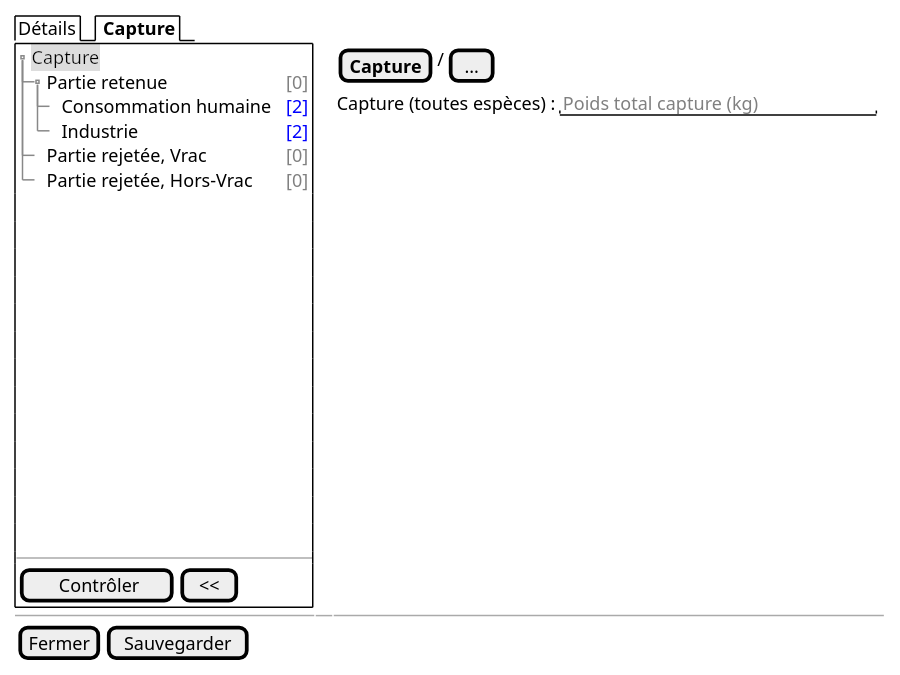
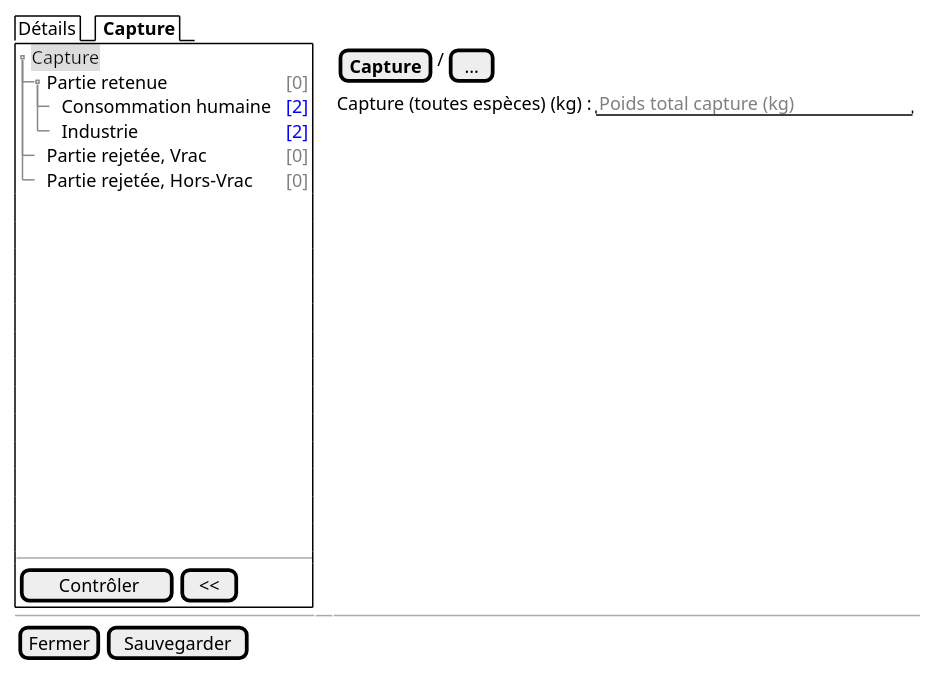
Before and after one commit to sumaris-net/sumaris-doc: the diagram in projects/obsmer/spe/images/batch/batch-tree.puml, drawn with PlantUML. The commit also changed 1 other file, not shown here.

```diff
--- a/projects/obsmer/spe/images/batch/batch-tree.puml
+++ b/projects/obsmer/spe/images/batch/batch-tree.puml
@@ -1,39 +1,39 @@
 @startsalt
 {
   {/ Détails | <b> Capture }
   {+
    {T
        + <back:#DDD>Capture    | .
        ++ Partie retenue       | <color:gray>[0]
        +++ Consommation humaine | <color:blue>[2]
        +++ Industrie | <color:blue>[2]
        ++ Partie rejetée, Vrac | <color:gray>[0]
        ++ Partie rejetée, Hors-Vrac | <color:gray>[0]
    }
     .
     .
     .
     .
     .
     .
     .
     .
     .
     .
     .
     .
     .
    --
    {
       [<&checkmark> Contrôler] | [ << ]
    }
   } | . | {
     { [<b>Capture] | / | [...]}
 
-    {Capture (toutes espèces) : | " <color:gray>Poids total capture (kg) " }
+    {Capture (toutes espèces) (kg) : | " <color:gray>Poids total capture (kg) " }
   }
 
   -- | -- | --
   { [Fermer] | [Sauvegarder] }
 }
 @endsalt
```
